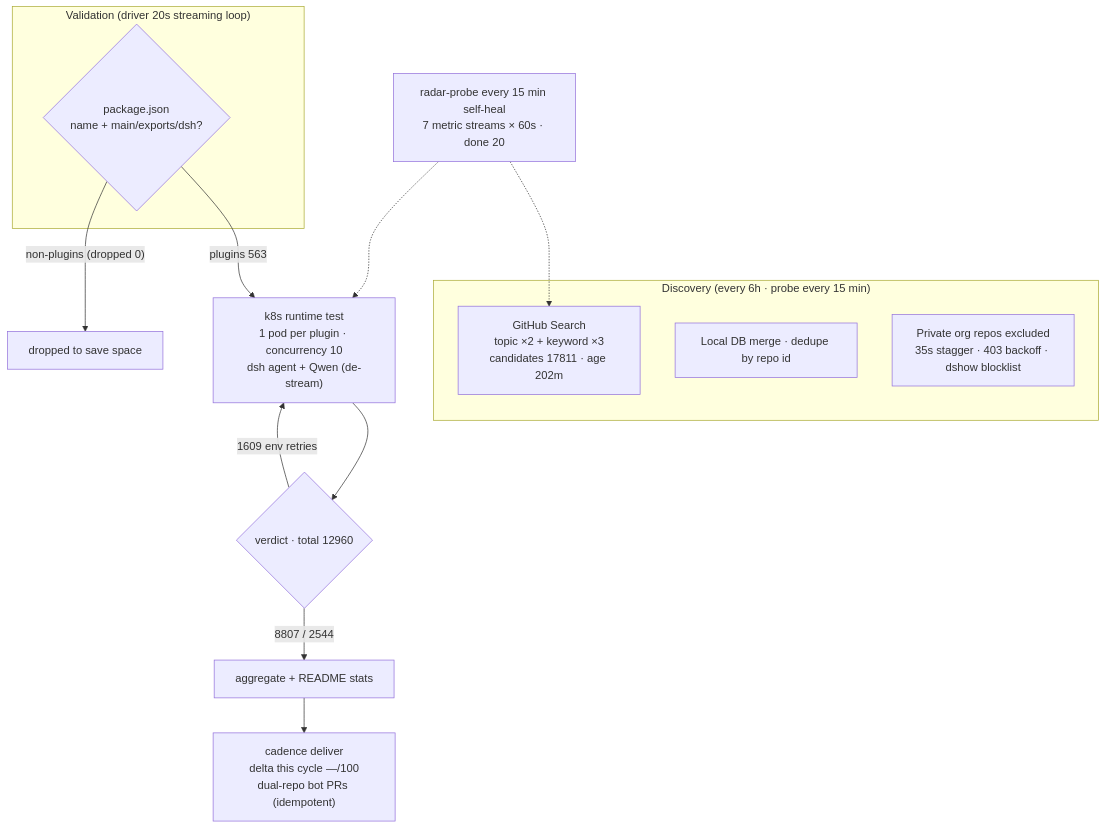
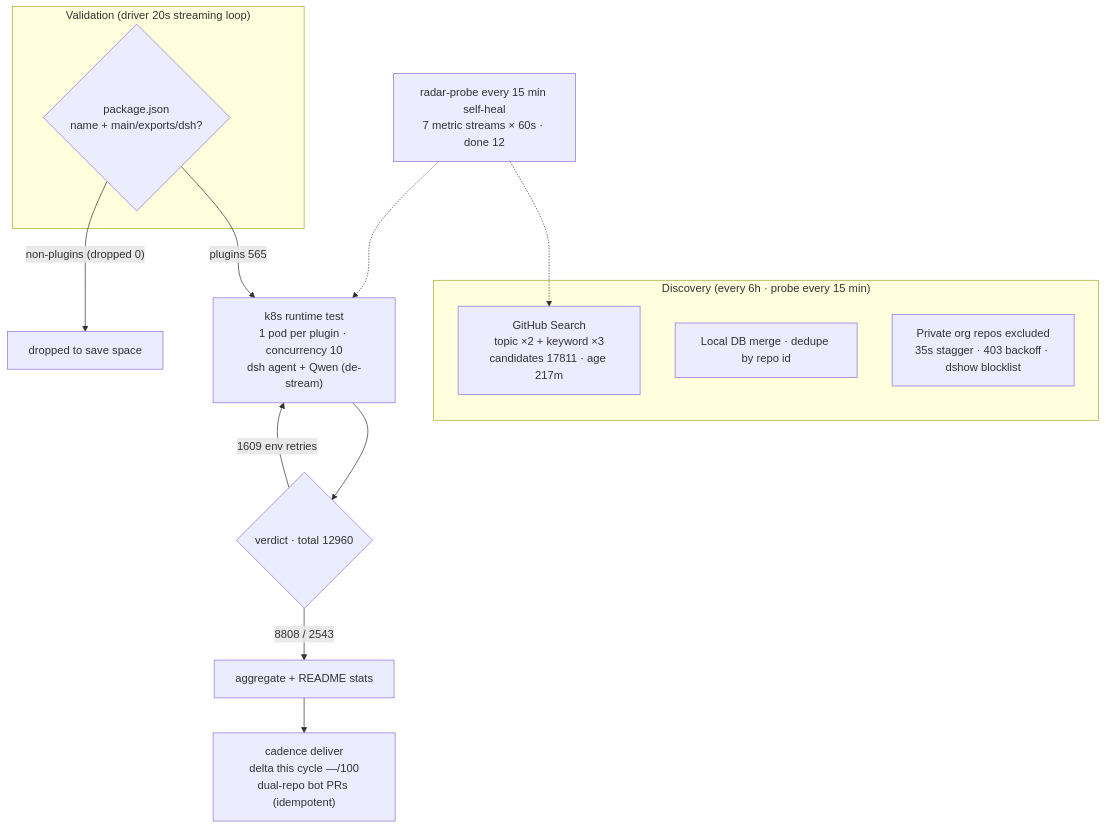
Before and after one commit to AdamPlatin123/awesome-dsh-plugins: the diagram in README.en-US.md, drawn with Mermaid. The commit also changed other lines of this file and 5 other files, not shown here.

````diff
--- a/README.en-US.md
+++ b/README.en-US.md
@@ -45,20 +45,20 @@
 ```mermaid
 flowchart TB
     subgraph Discovery["Discovery (every 6h · probe every 15 min)"]
-        A1["GitHub Search<br/>topic ×2 + keyword ×3<br/>candidates 17811 · age 202m"]
+        A1["GitHub Search<br/>topic ×2 + keyword ×3<br/>candidates 17811 · age 217m"]
         A2["Local DB merge · dedupe by repo id"]
         A3["Private org repos excluded<br/>35s stagger · 403 backoff · dshow blocklist"]
     end
     subgraph Validation["Validation (driver 20s streaming loop)"]
         B1{"package.json<br/>name + main/exports/dsh?"}
     end
-    B1 -->|"plugins 563"| C1["k8s runtime test<br/>1 pod per plugin · concurrency 10<br/>dsh agent + Qwen (de-stream)"]
+    B1 -->|"plugins 565"| C1["k8s runtime test<br/>1 pod per plugin · concurrency 10<br/>dsh agent + Qwen (de-stream)"]
     B1 -->|"non-plugins (dropped 0)"| B3["dropped to save space"]
     C1 --> D1{"verdict · total 12960"}
-    D1 -->|"8807 / 2544"| E1["aggregate + README stats"]
+    D1 -->|"8808 / 2543"| E1["aggregate + README stats"]
     D1 -->|"1609 env retries"| C1
     E1 --> E2["cadence deliver<br/>delta this cycle —/100<br/>dual-repo bot PRs (idempotent)"]
-    M["radar-probe every 15 min self-heal<br/>7 metric streams × 60s · done 20"]
+    M["radar-probe every 15 min self-heal<br/>7 metric streams × 60s · done 12"]
     M -.-> A1
     M -.-> C1
 ```
````
